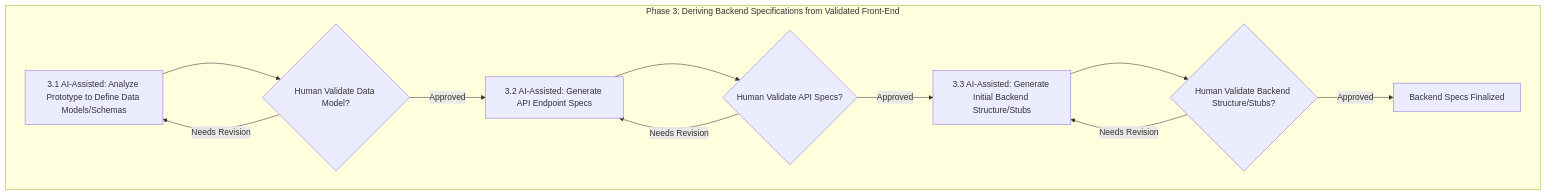
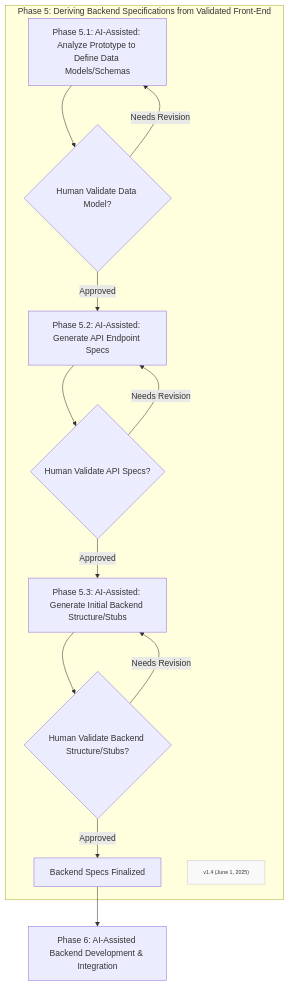
One commit to Mharbulous/Front-First-Method changed the diagram in Method/FF-phase5.md. Above: the diagram before and after it, drawn with Mermaid. The commit also changed 2 other files, not shown here.

Commit message:
AI built zoomed in diagrams for Phase5, phase6, and Phase6

````diff
--- a/Method/FF-phase5.md
+++ b/Method/FF-phase5.md
@@ -3,15 +3,20 @@
 ```mermaid
 graph TD
-    subgraph Phase2 ["Phase 3: Deriving Backend Specifications from Validated Front-End"]
-        C1["3.1 AI-Assisted: Analyze Prototype to Define Data Models/Schemas"]    
-        C1 --> C1_Val{"Human Validate Data Model?"}
-        C1_Val -->|Needs Revision| C1
-        C1_Val -->|Approved| C2["3.2 AI-Assisted: Generate API Endpoint Specs"]
-        C2 --> C2_Val{"Human Validate API Specs?"}
-        C2_Val -->|Needs Revision| C2
-        C2_Val -->|Approved| C3["3.3 AI-Assisted: Generate Initial Backend Structure/Stubs"]
-        C3 --> C3_Val{"Human Validate Backend Structure/Stubs?"}
-        C3_Val -->|Needs Revision| C3
-        C3_Val -->|Approved| D_Spec["Backend Specs Finalized"]
+    subgraph Phase5["Phase 5: Deriving Backend Specifications from Validated Front-End"]
+        Phase5_1["Phase 5.1: AI-Assisted: Analyze Prototype to Define Data Models/Schemas"]    
+        Phase5_1 --> Phase5_1_Val{"Human Validate Data Model?"}
+        Phase5_1_Val -->|Needs Revision| Phase5_1
+        Phase5_1_Val -->|Approved| Phase5_2["Phase 5.2: AI-Assisted: Generate API Endpoint Specs"]
+        Phase5_2 --> Phase5_2_Val{"Human Validate API Specs?"}
+        Phase5_2_Val -->|Needs Revision| Phase5_2
+        Phase5_2_Val -->|Approved| Phase5_3["Phase 5.3: AI-Assisted: Generate Initial Backend Structure/Stubs"]
+        Phase5_3 --> Phase5_3_Val{"Human Validate Backend Structure/Stubs?"}
+        Phase5_3_Val -->|Needs Revision| Phase5_3
+        Phase5_3_Val -->|Approved| BackendSpecsFinalized["Backend Specs Finalized"]
+        Version["v1.4 (June 1, 2025)"]
+        classDef version fill:#f9f9f9,stroke:#ccc,font-size:10px
+        class Version version
     end
+
+BackendSpecsFinalized --> Phase6["Phase 6: AI-Assisted Backend Development & Integration"]
 ```
````
